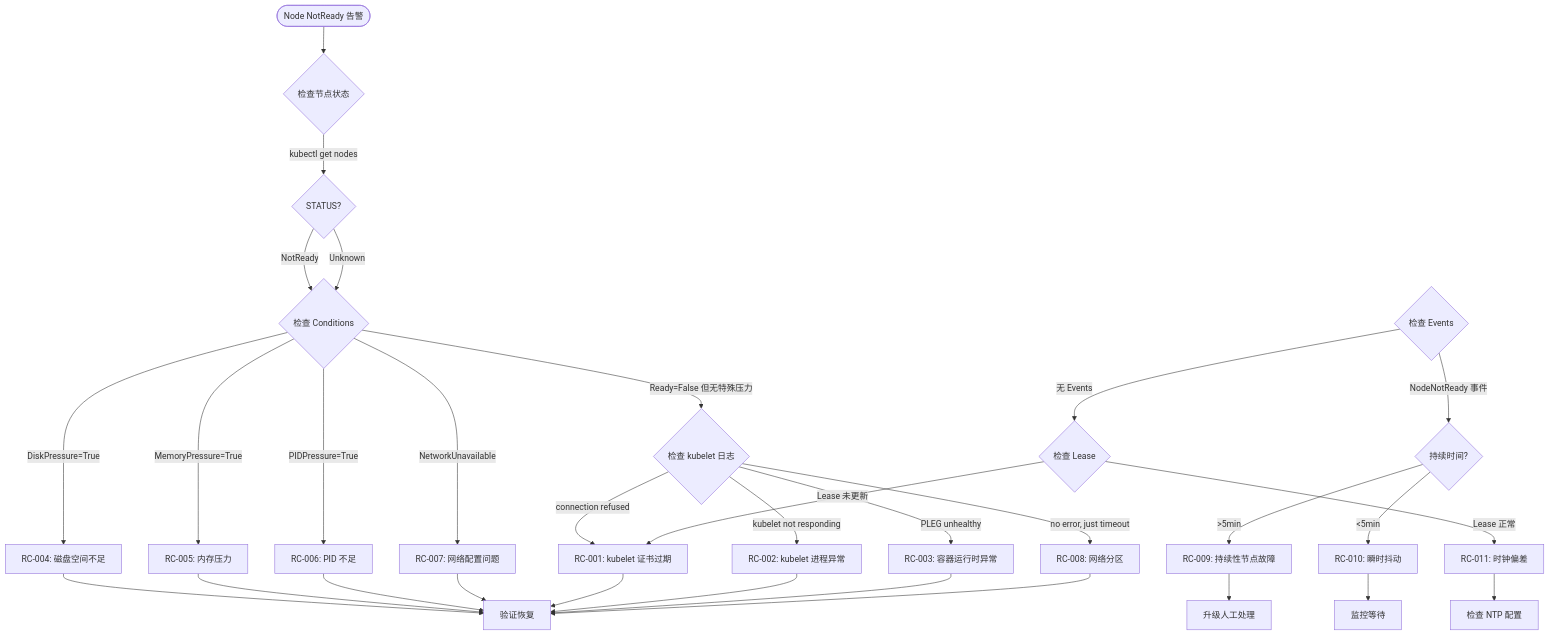
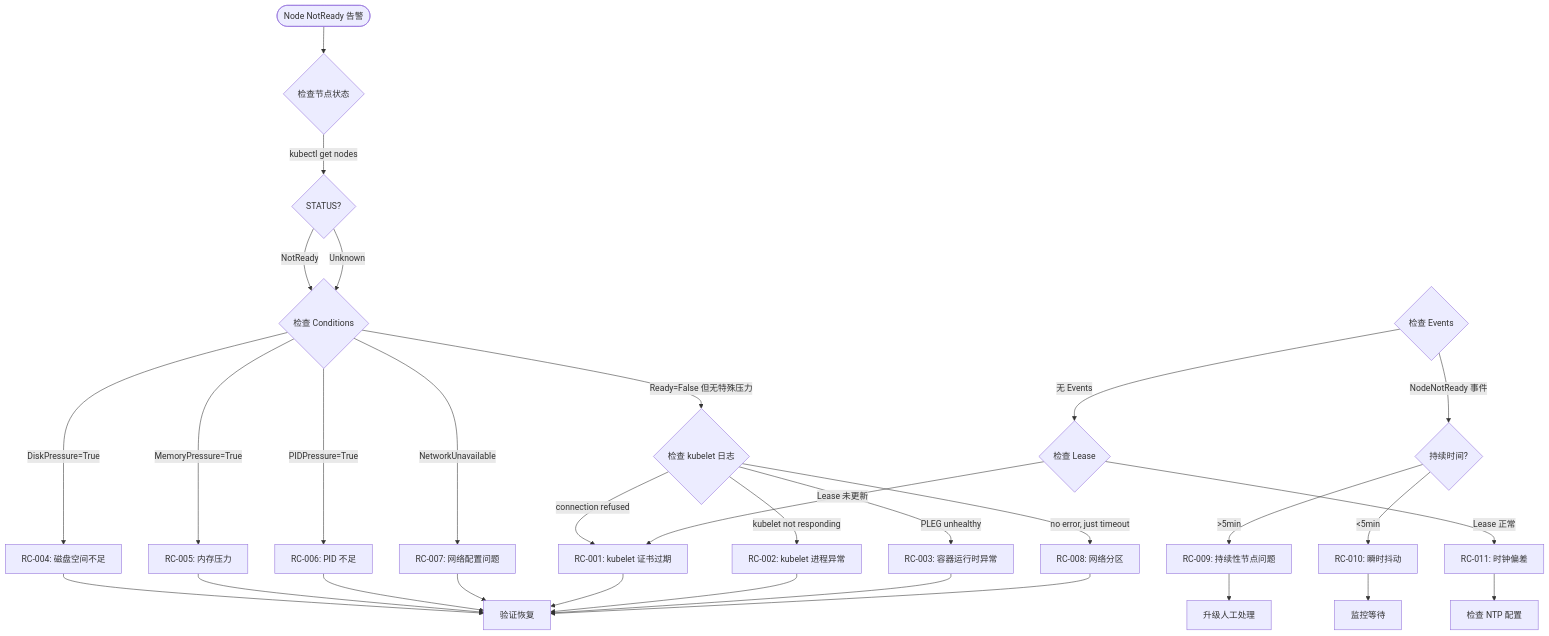
One commit to kudig-io/kudig-database changed the first of 18 diagrams in docs/agent-specs/P1-4-decision-tree-mermaid-visualization.md. Above: the diagram before and after it, drawn with Mermaid. The commit also changed other lines of this file and 5906 other files, not shown here.

````diff
--- a/docs/agent-specs/P1-4-decision-tree-mermaid-visualization.md
+++ b/docs/agent-specs/P1-4-decision-tree-mermaid-visualization.md
@@ -47,34 +48,34 @@
 ```mermaid
 flowchart TD
     START(["Node NotReady 告警"]) --> T1{检查节点状态}
     T1 -->|kubectl get nodes| T2{STATUS?}
     T2 -->|NotReady| T3{检查 Conditions}
     T2 -->|Unknown| T3
     T3 -->|DiskPressure=True| P1["RC-004: 磁盘空间不足"]
     T3 -->|MemoryPressure=True| P2["RC-005: 内存压力"]
     T3 -->|PIDPressure=True| P3["RC-006: PID 不足"]
     T3 -->|NetworkUnavailable| P4["RC-007: 网络配置问题"]
     T3 -->|Ready=False 但无特殊压力| T4{检查 kubelet 日志}
     T4 -->|connection refused| P5["RC-001: kubelet 证书过期"]
     T4 -->|kubelet not responding| P6["RC-002: kubelet 进程异常"]
     T4 -->|PLEG unhealthy| P7["RC-003: 容器运行时异常"]
     T4 -->|no error, just timeout| P8["RC-008: 网络分区"]
     T5{检查 Events} -->|NodeNotReady 事件| T6{持续时间?}
     T5 -->|无 Events| T7{检查 Lease}
-    T6 -->|>5min| P9["RC-009: 持续性节点故障"]
+    T6 -->|>5min| P9["RC-009: 持续性节点问题"]
     T6 -->|<5min| P10["RC-010: 瞬时抖动"]
     T7 -->|Lease 未更新| P5
     T7 -->|Lease 正常| P11["RC-011: 时钟偏差"]
 
     P1 --> VERIFY["验证恢复"]
     P2 --> VERIFY
     P3 --> VERIFY
     P4 --> VERIFY
     P5 --> VERIFY
     P6 --> VERIFY
     P7 --> VERIFY
     P8 --> VERIFY
     P9 --> ESCALATE["升级人工处理"]
     P10 --> MONITOR["监控等待"]
     P11 --> FIX["检查 NTP 配置"]
 ```
````
